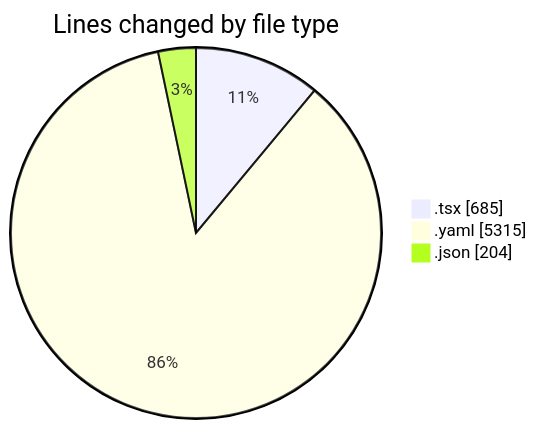
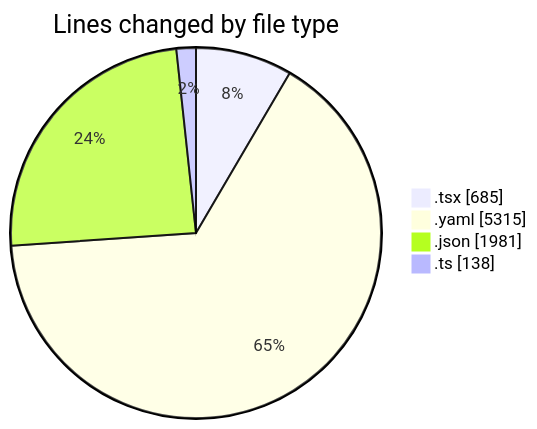
One commit to julien-gomy/code-tracking changed the first of 2 diagrams in 2025-11-07/eventscop-frontend-guide__workspace_/README.md. Above: the diagram before and after it, drawn with Mermaid. The commit also changed other lines of this file and 1 other file, not shown here.

````diff
--- a/2025-11-07/eventscop-frontend-guide__workspace_/README.md
+++ b/2025-11-07/eventscop-frontend-guide__workspace_/README.md
@@ -27,7 +29,8 @@
 ```mermaid
 pie showData
 title Lines changed by file type
 ".tsx" : 685
 ".yaml" : 5315
-".json" : 204
+".json" : 1981
+".ts" : 138
 ```
````
